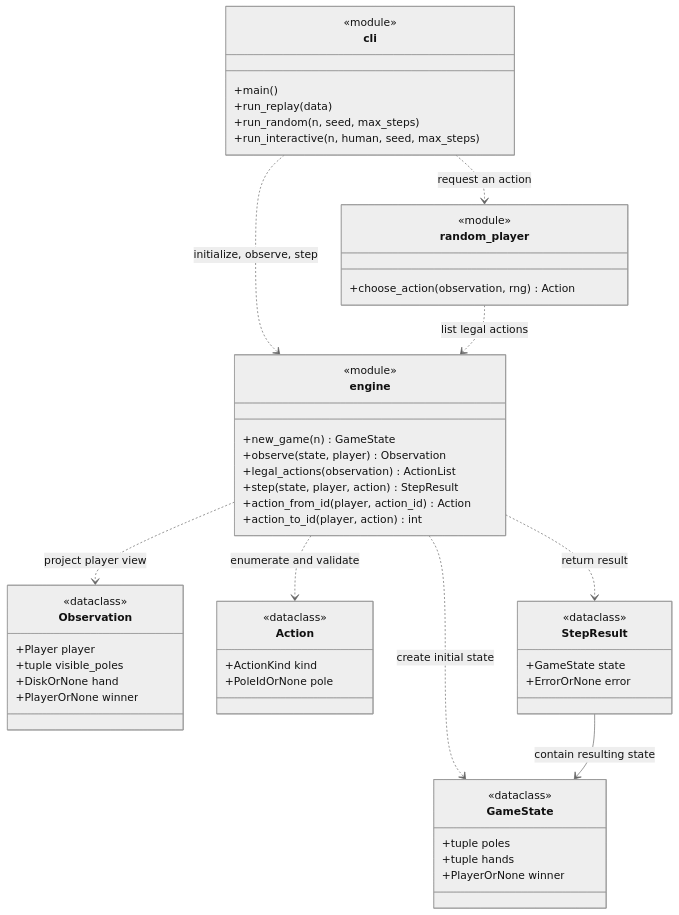
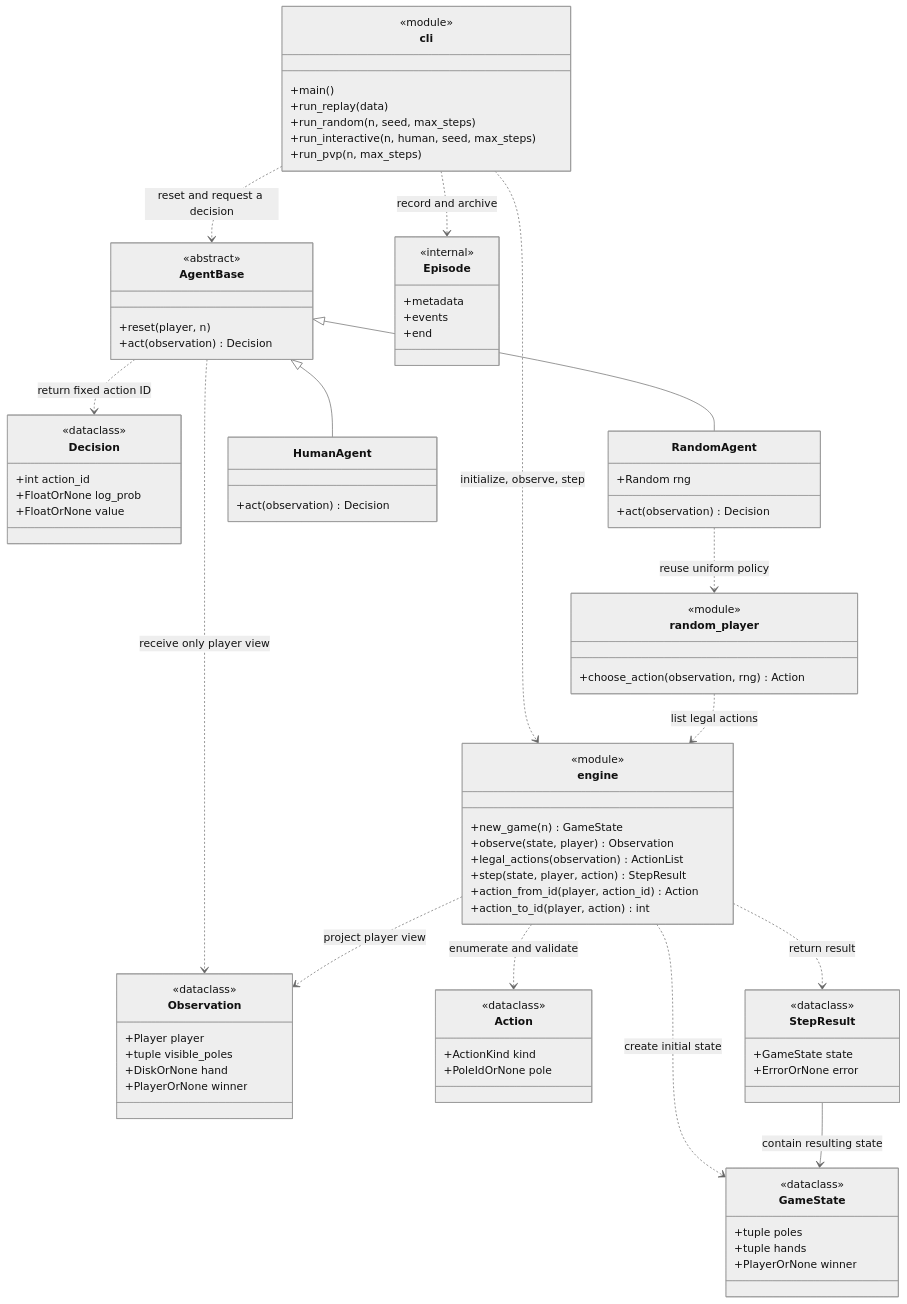
One commit to StIssac/hanoi_crossing changed the first of 2 diagrams in README.md. Above: the diagram before and after it, drawn with Mermaid (neutral theme). The commit also changed other lines of this file and 12 other files, not shown here.

Commit message:
feat: add episode archives, agent adapters and local PvP

```diff
--- a/README.md
+++ b/README.md
@@ -209,16 +217,52 @@
         +choose_action(observation, rng) Action
     }
 
+    class AgentBase {
+        <<abstract>>
+        +reset(player, n)
+        +act(observation) Decision
+    }
+
+    class Decision {
+        <<dataclass>>
+        +int action_id
+        +FloatOrNone log_prob
+        +FloatOrNone value
+    }
+
+    class RandomAgent {
+        +Random rng
+        +act(observation) Decision
+    }
+
+    class HumanAgent {
+        +act(observation) Decision
+    }
+
+    class Episode {
+        <<internal>>
+        +metadata
+        +events
+        +end
+    }
+
     class cli {
         <<module>>
         +main()
         +run_replay(data)
         +run_random(n, seed, max_steps)
         +run_interactive(n, human, seed, max_steps)
+        +run_pvp(n, max_steps)
     }
 
     cli ..> engine : initialize, observe, step
-    cli ..> random_player : request an action
+    cli ..> AgentBase : reset and request a decision
+    cli ..> Episode : record and archive
+    AgentBase <|-- RandomAgent
+    AgentBase <|-- HumanAgent
+    AgentBase ..> Observation : receive only player view
+    AgentBase ..> Decision : return fixed action ID
+    RandomAgent ..> random_player : reuse uniform policy
     random_player ..> engine : list legal actions
 
     engine ..> GameState : create initial state
```
